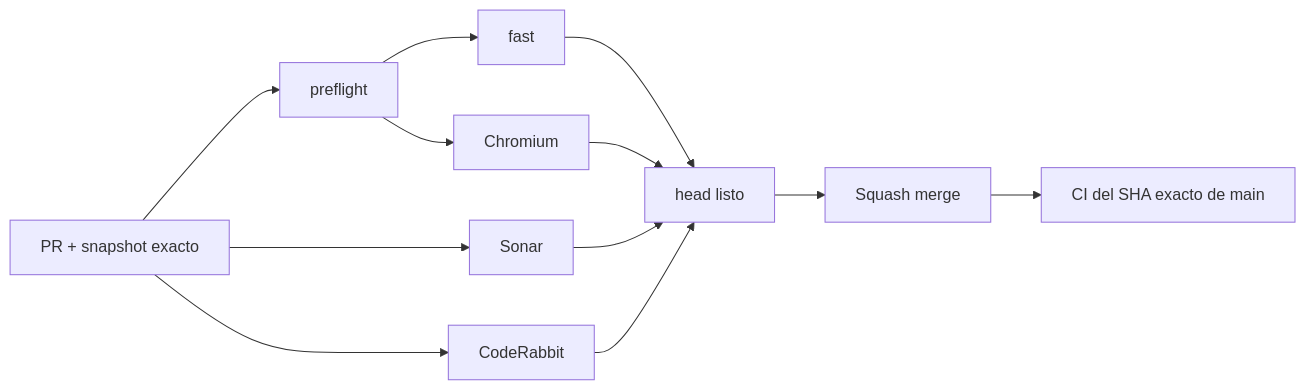
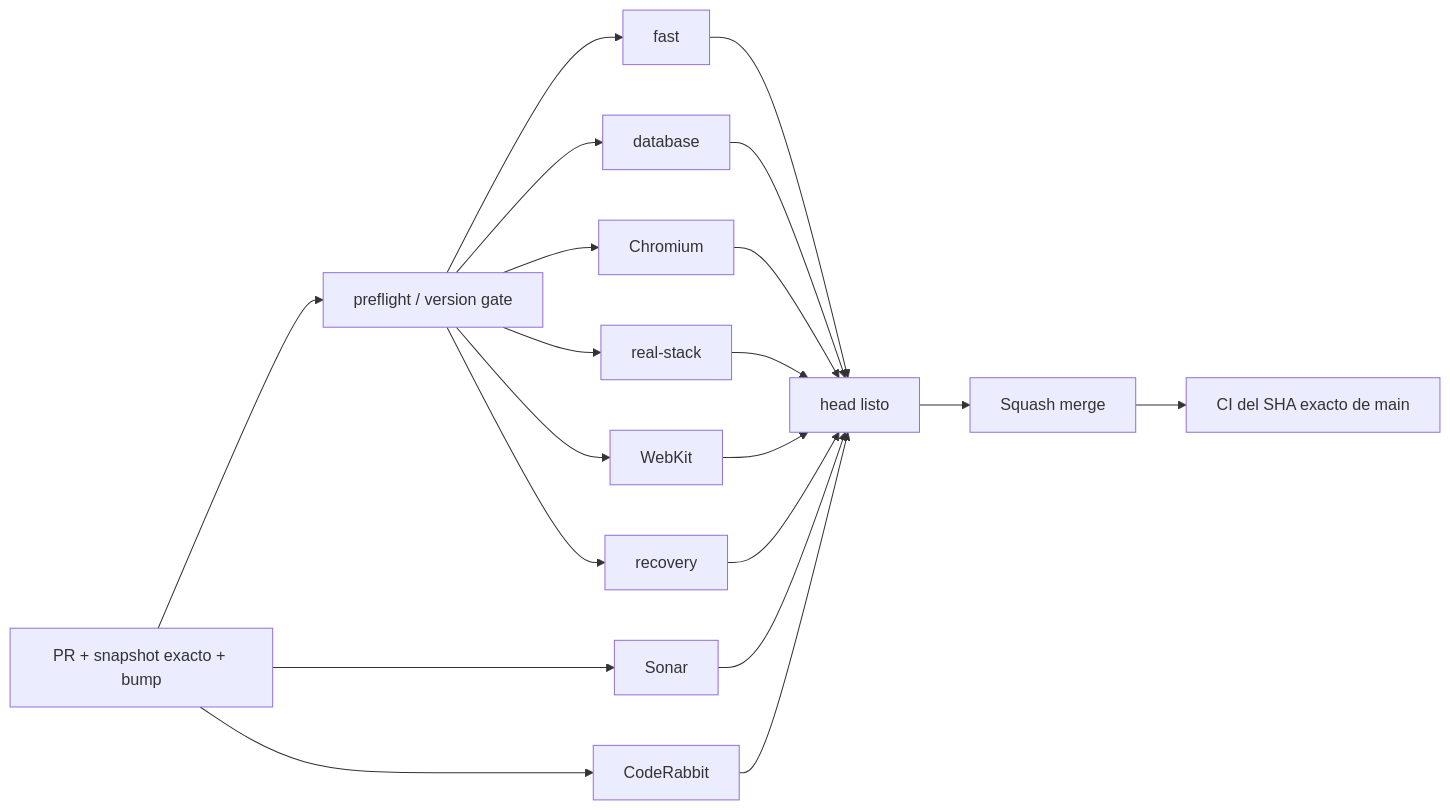
Before and after one commit to pl0n3r/brvtal: the diagram in README.md, drawn with Mermaid. The commit also changed other lines of this file and 14 other files, not shown here.

````diff
--- a/README.md
+++ b/README.md
@@ -44,14 +44,22 @@
 ```mermaid
 flowchart LR
- A["PR + snapshot exacto"] --> P["preflight"]
+ A["PR + snapshot exacto + bump"] --> P["preflight / version gate"]
  P --> F["fast"]
+ P --> D["database"]
  P --> B["Chromium"]
+ P --> R["real-stack"]
+ P --> W["WebKit"]
+ P --> K["recovery"]
  A --> S["Sonar"]
- A --> R["CodeRabbit"]
+ A --> C["CodeRabbit"]
  F --> G["head listo"]
+ D --> G
  B --> G
+ R --> G
+ W --> G
+ K --> G
  S --> G
- R --> G
+ C --> G
  G --> M["Squash merge"]
  M --> X["CI del SHA exacto de main"]
 ```
````
